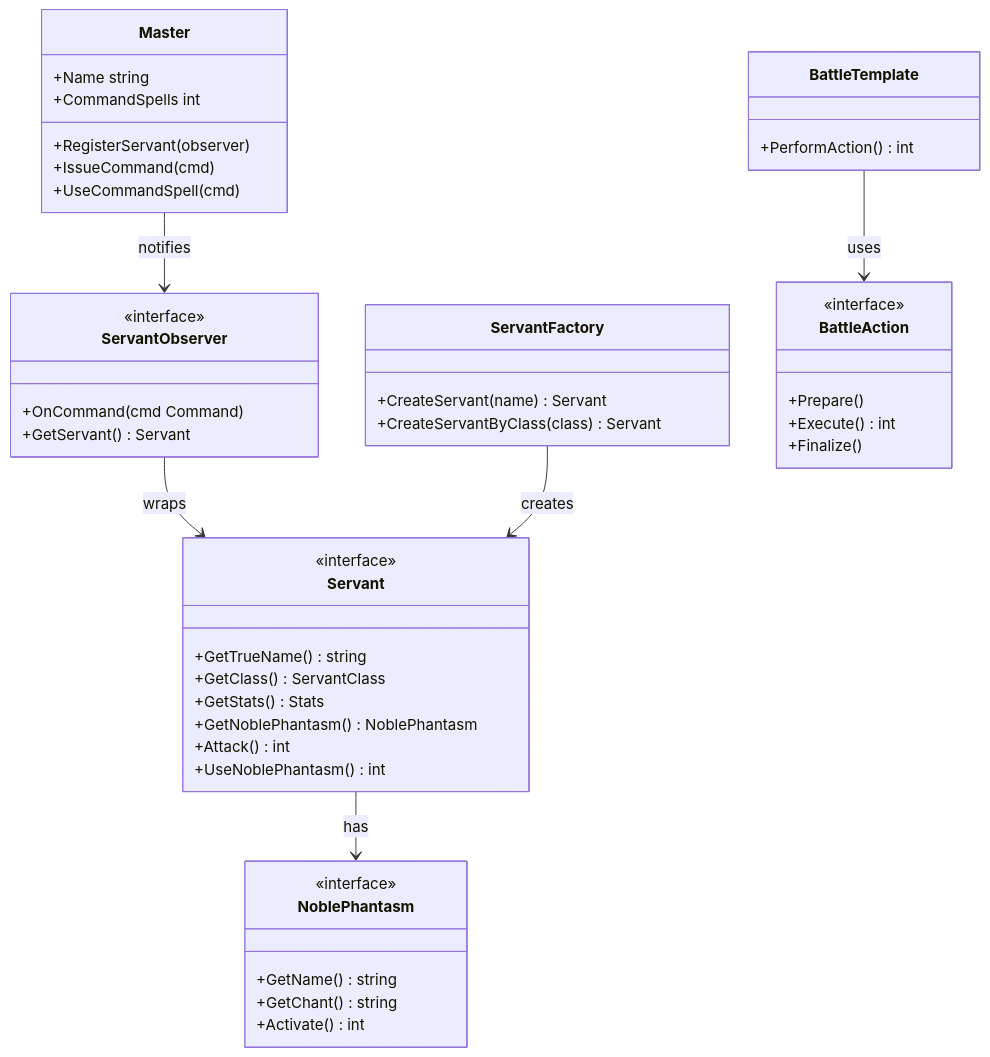
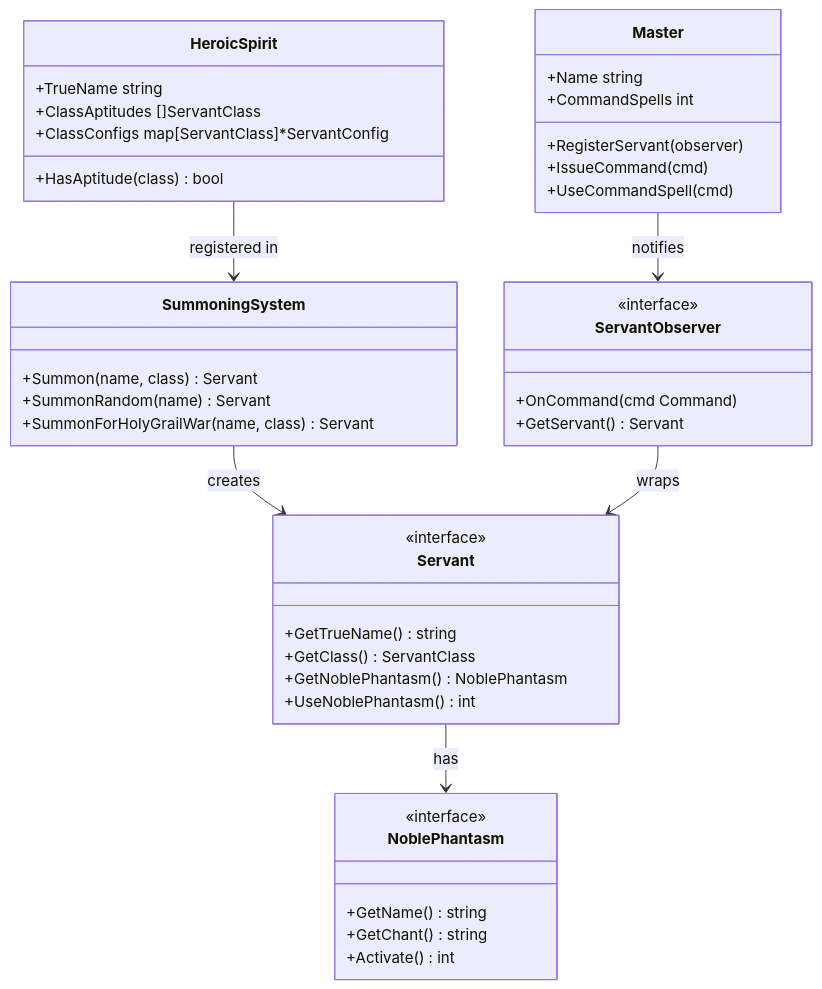
The first of 2 diagrams in demo/fate_servant/README.md (keito-isurugi/go-demo), drawn with Mermaid before and after one commit. The commit also changed other lines of this file and 4 other files, not shown here.

````diff
--- a/demo/fate_servant/README.md
+++ b/demo/fate_servant/README.md
@@ -159,55 +209,50 @@
 ```mermaid
 classDiagram
+    class HeroicSpirit {
+        +TrueName string
+        +ClassAptitudes []ServantClass
+        +ClassConfigs map[ServantClass]*ServantConfig
+        +HasAptitude(class) bool
+    }
+
+    class SummoningSystem {
+        +Summon(name, class) Servant
+        +SummonRandom(name) Servant
+        +SummonForHolyGrailWar(name, class) Servant
+    }
+
     class Servant {
         <<interface>>
         +GetTrueName() string
         +GetClass() ServantClass
-        +GetStats() Stats
         +GetNoblePhantasm() NoblePhantasm
-        +Attack() int
         +UseNoblePhantasm() int
     }
 
     class NoblePhantasm {
         <<interface>>
         +GetName() string
         +GetChant() string
         +Activate() int
     }
 
-    class ServantObserver {
-        <<interface>>
-        +OnCommand(cmd Command)
-        +GetServant() Servant
-    }
-
     class Master {
         +Name string
         +CommandSpells int
         +RegisterServant(observer)
         +IssueCommand(cmd)
         +UseCommandSpell(cmd)
     }
 
-    class ServantFactory {
-        +CreateServant(name) Servant
-        +CreateServantByClass(class) Servant
+    class ServantObserver {
+        <<interface>>
+        +OnCommand(cmd Command)
+        +GetServant() Servant
     }
 
-    class BattleTemplate {
-        +PerformAction() int
-    }
-
-    class BattleAction {
-        <<interface>>
-        +Prepare()
-        +Execute() int
-        +Finalize()
-    }
-
+    HeroicSpirit --> SummoningSystem : registered in
+    SummoningSystem --> Servant : creates
     Servant --> NoblePhantasm : has
     Master --> ServantObserver : notifies
     ServantObserver --> Servant : wraps
-    ServantFactory --> Servant : creates
-    BattleTemplate --> BattleAction : uses
 ```
````
